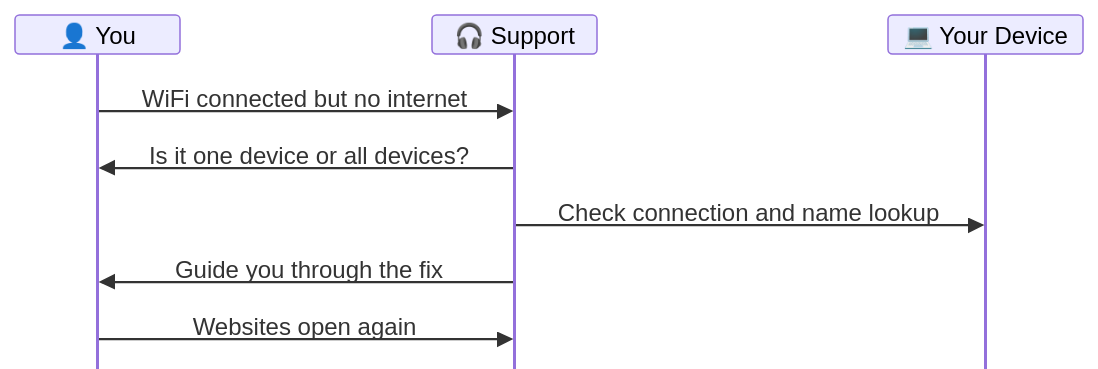
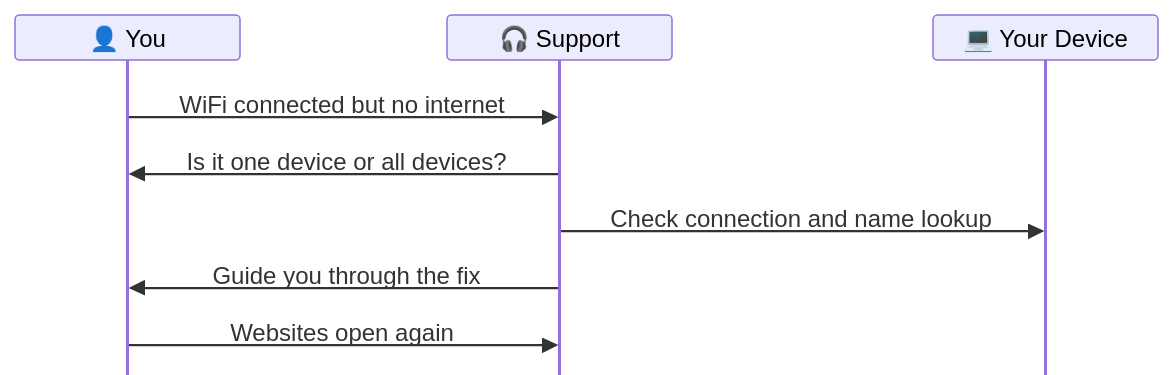
One commit to malaika-azhar/Customer-Tech-Support-Portfolio changed the third of 3 diagrams in 04-Solution-guides/04.1-WiFi-Guide.md. Above: the diagram before and after it, drawn with Mermaid. The commit also changed other lines of this file, not shown here.

````diff
--- a/04-Solution-guides/04.1-WiFi-Guide.md
+++ b/04-Solution-guides/04.1-WiFi-Guide.md
@@ -246,12 +245,12 @@
 ```mermaid
-%%{init: {'themeVariables': {'fontSize': '12px'}, 'sequence': {'actorMargin': 40, 'messageMargin': 20, 'boxMargin': 4, 'noteMargin': 5, 'width': 110, 'height': 26, 'mirrorActors': false}}}%%
+%%{init: {'sequence': {'messageMargin': 24, 'height': 30, 'actorMargin': 50, 'boxMargin': 4, 'mirrorActors': false}}}%%
 sequenceDiagram
     participant C as 👤 You
     participant S as 🎧 Support
     participant X as 💻 Your Device
     C->>S: WiFi connected but no internet
     S->>C: Is it one device or all devices?
     S->>X: Check connection and name lookup
     S->>C: Guide you through the fix
     C->>S: Websites open again
 ```
````
